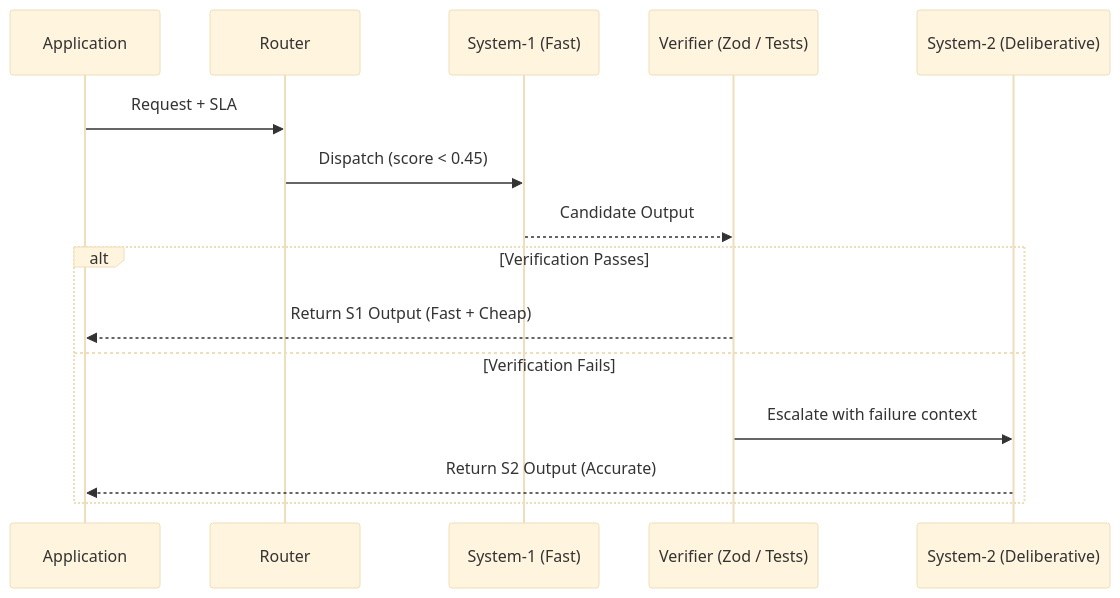
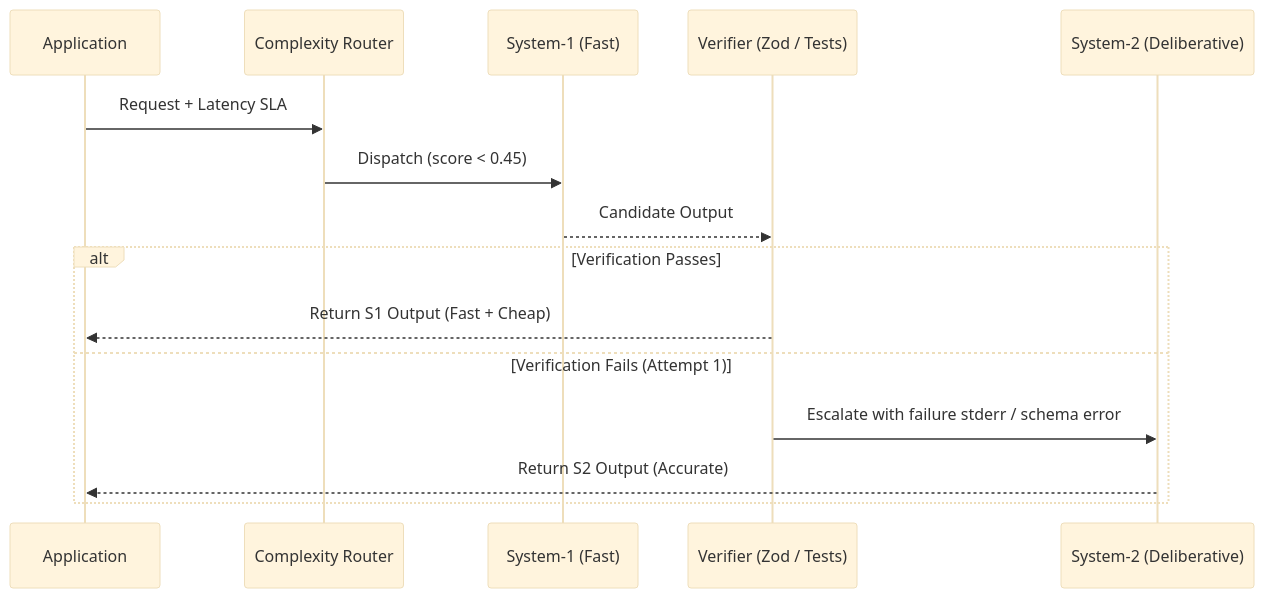
Before and after one commit to Amie-dev/FDE-and-GenAI-Mastery: the second of 2 diagrams in Lecture 08 - Model Routing and Harness Velocity/notes/02_Dynamic_Complexity_Based_Model_Routing.md, drawn with Mermaid (base theme). The commit also changed other lines of this file and 92 other files, not shown here.

````diff
--- a/Lecture 08 - Model Routing and Harness Velocity/notes/02_Dynamic_Complexity_Based_Model_Routing.md
+++ b/Lecture 08 - Model Routing and Harness Velocity/notes/02_Dynamic_Complexity_Based_Model_Routing.md
@@ -94,18 +110,18 @@
 ```mermaid
 sequenceDiagram
     participant App as Application
-    participant R as Router
+    participant R as Complexity Router
     participant S1 as System-1 (Fast)
     participant V as Verifier (Zod / Tests)
     participant S2 as System-2 (Deliberative)
 
-    App->>R: Request + SLA
+    App->>R: Request + Latency SLA
     R->>S1: Dispatch (score < 0.45)
     S1-->>V: Candidate Output
     alt Verification Passes
         V-->>App: Return S1 Output (Fast + Cheap)
-    else Verification Fails
-        V->>S2: Escalate with failure context
+    else Verification Fails (Attempt 1)
+        V->>S2: Escalate with failure stderr / schema error
         S2-->>App: Return S2 Output (Accurate)
     end
 ```
````
